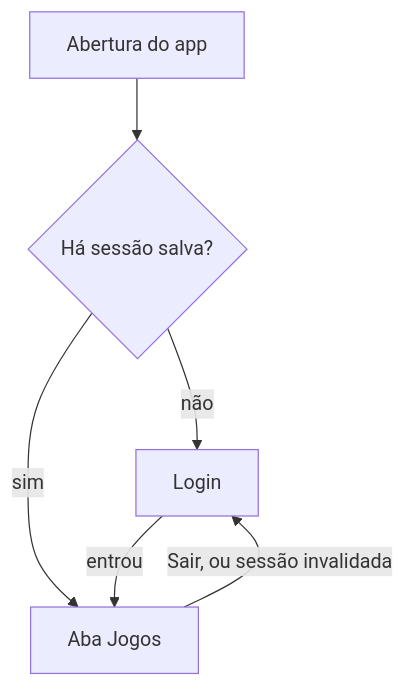
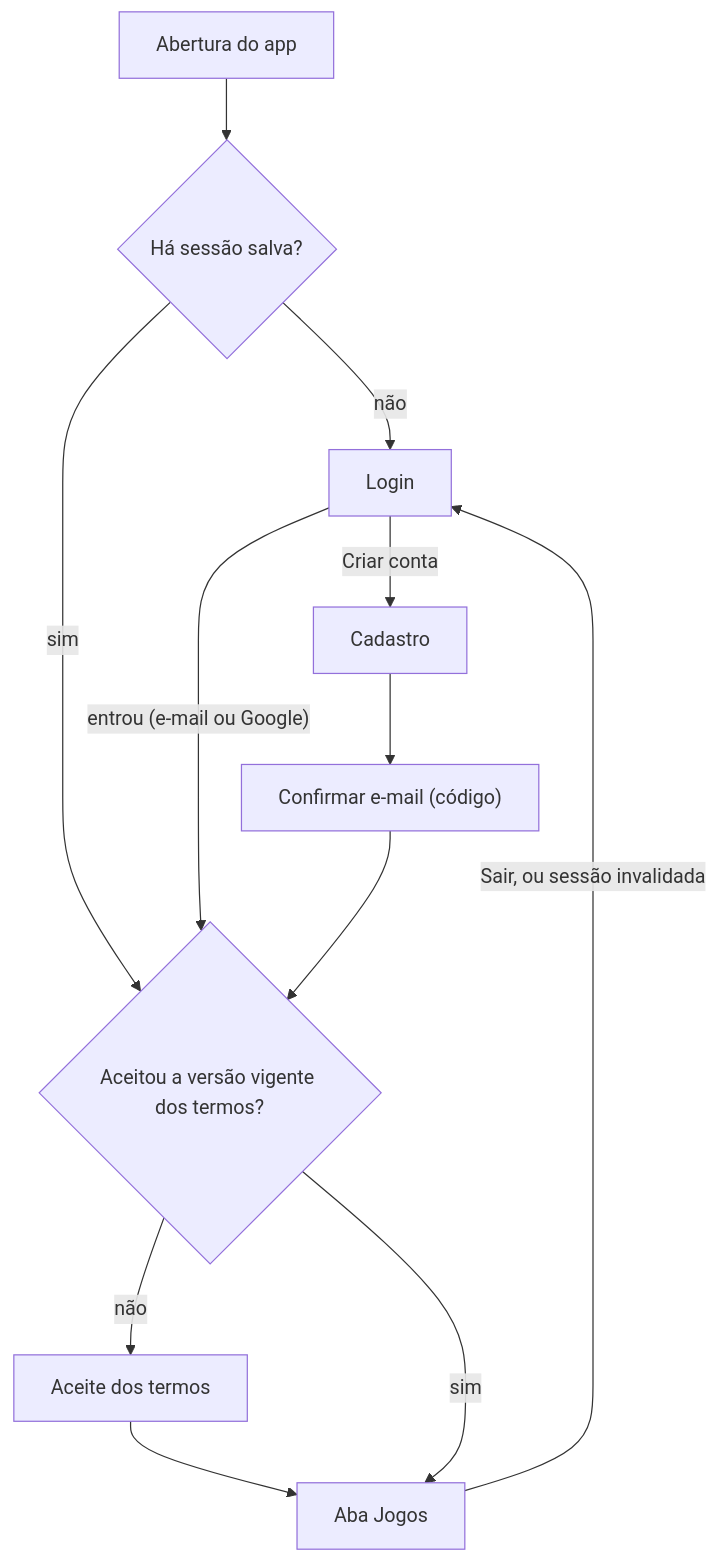
The diagram in docs/ui/telas.md (ThiagoC-Silva/VoleiIn), drawn with Mermaid before and after one commit. The commit also changed other lines of this file and 13 other files, not shown here.

````diff
--- a/docs/ui/telas.md
+++ b/docs/ui/telas.md
@@ -85,8 +86,11 @@
 ```mermaid
 flowchart TD
   A["Abertura do app"] --> B{"Há sessão salva?"}
   B -- não --> L["Login"]
-  B -- sim --> J["Aba Jogos"]
-  L -- "entrou" --> J
+  B -- sim --> T{"Aceitou a versão vigente dos termos?"}
+  L -- "entrou (e-mail ou Google)" --> T
+  L -- "Criar conta" --> S["Cadastro"] --> C["Confirmar e-mail (código)"] --> T
+  T -- não --> TA["Aceite dos termos"] --> J["Aba Jogos"]
+  T -- sim --> J
   J -- "Sair, ou sessão invalidada" --> L
 ```
````
